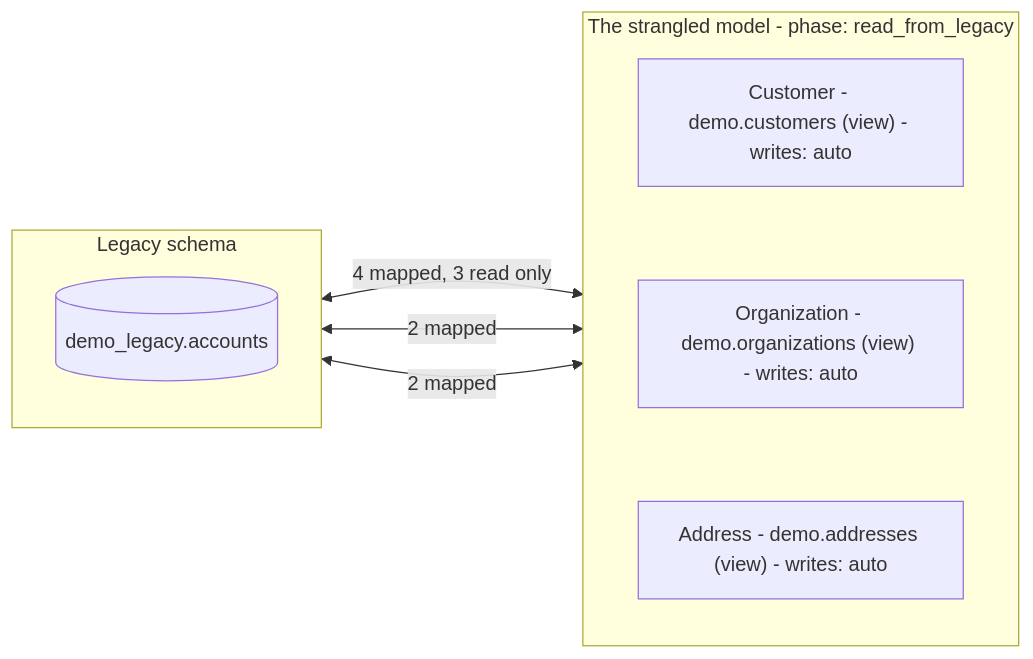
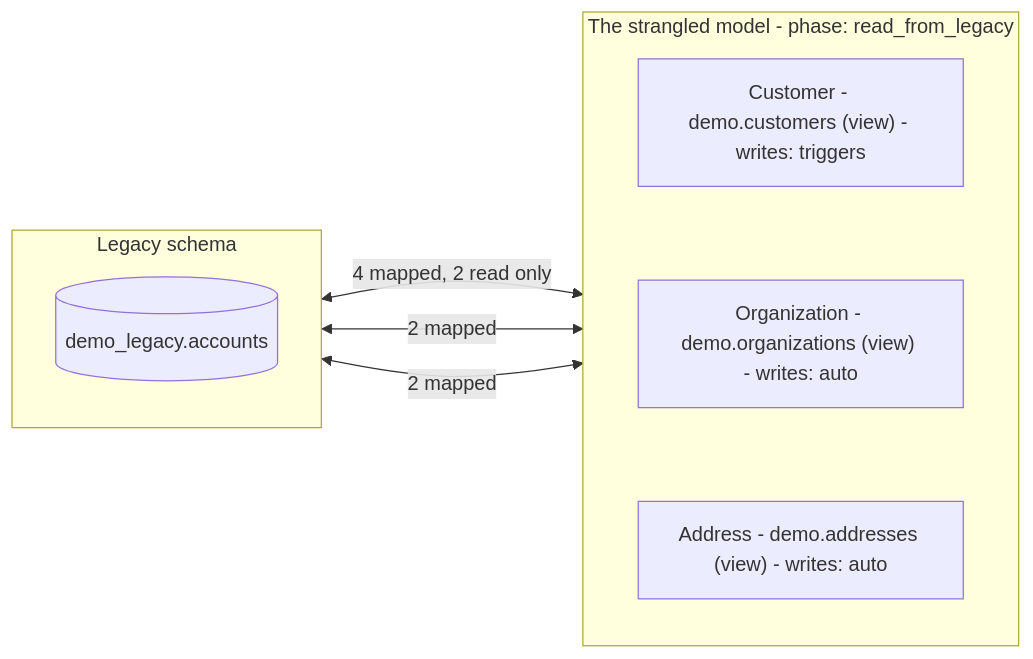
Before and after one commit to lukegalea/ash_strangler: the eighth of 10 diagrams in README.md, drawn with Mermaid. The commit also changed other lines of this file and 8 other files, not shown here.

````diff
--- a/README.md
+++ b/README.md
@@ -535,18 +683,18 @@
 ```mermaid
 flowchart LR
   subgraph legacy ["Legacy schema"]
     direction TB
     rel_demo_legacy_accounts[("demo_legacy.accounts")]
   end
   subgraph strangled ["The strangled model - phase: read_from_legacy"]
     direction TB
-    res_customer["Customer - demo.customers (view) - writes: auto"]
+    res_customer["Customer - demo.customers (view) - writes: triggers"]
     res_organization["Organization - demo.organizations (view) - writes: auto"]
     res_address["Address - demo.addresses (view) - writes: auto"]
     res_customer ~~~ res_organization
     res_organization ~~~ res_address
   end
-  rel_demo_legacy_accounts <-->|"4 mapped, 3 read only"| res_customer
+  rel_demo_legacy_accounts <-->|"4 mapped, 2 read only"| res_customer
   rel_demo_legacy_accounts <-->|"2 mapped"| res_organization
   rel_demo_legacy_accounts <-->|"2 mapped"| res_address
 ```
````
